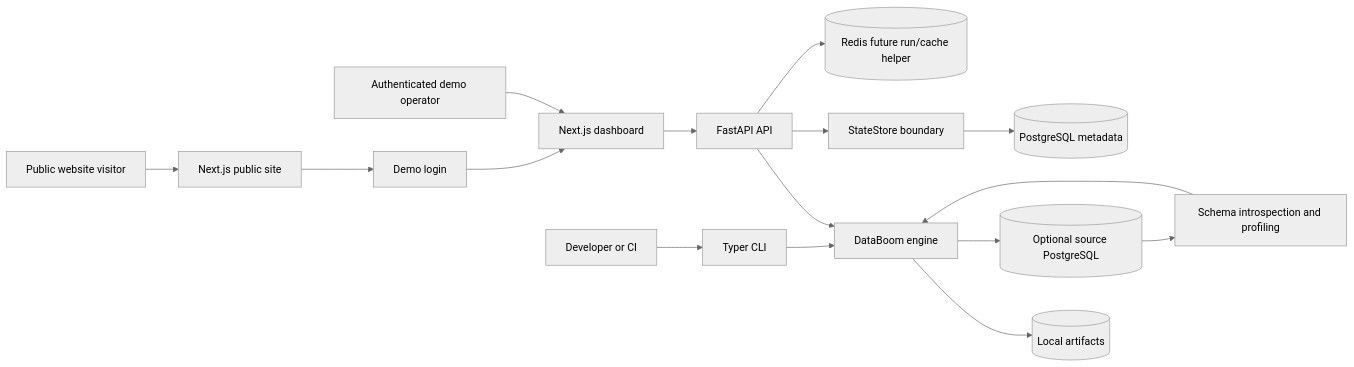
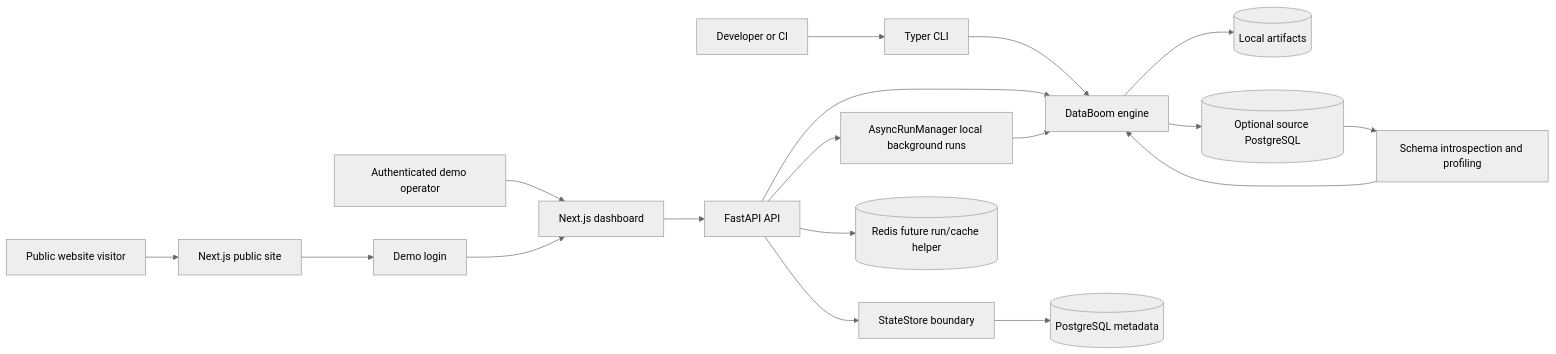
The first of 6 diagrams in docs/engineering/architecture.md (smitzo/DataBoom), drawn with Mermaid (neutral theme) before and after one commit. The commit also changed other lines of this file and 3 other files, not shown here.

````diff
--- a/docs/engineering/architecture.md
+++ b/docs/engineering/architecture.md
@@ -7,21 +7,23 @@
 ```mermaid
 flowchart LR
     Visitor[Public website visitor] --> PublicSite[Next.js public site]
     Operator[Authenticated demo operator] --> Dashboard[Next.js dashboard]
     Developer[Developer or CI] --> CLI[Typer CLI]
 
     PublicSite --> Login[Demo login]
     Login --> Dashboard
     Dashboard --> API[FastAPI API]
     CLI --> Engine[DataBoom engine]
     API --> Engine
 
+    API --> AsyncRuns[AsyncRunManager local background runs]
+    AsyncRuns --> Engine
     API --> StateStore[StateStore boundary]
     StateStore --> MetadataDB[(PostgreSQL metadata)]
     API --> Redis[(Redis future run/cache helper)]
 
     Engine --> Artifacts[(Local artifacts)]
     Engine --> SourceDB[(Optional source PostgreSQL)]
     SourceDB --> Introspection[Schema introspection and profiling]
     Introspection --> Engine
 ```
````
